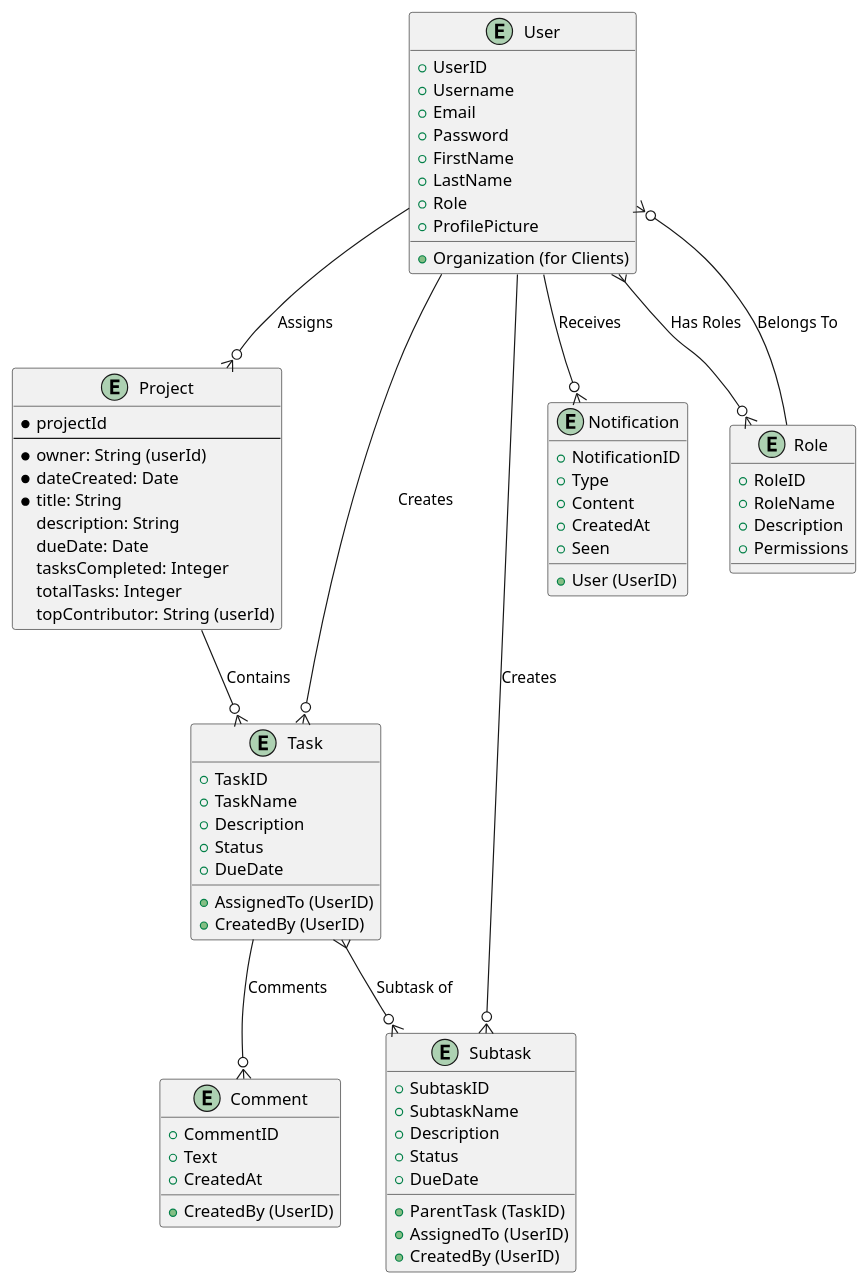
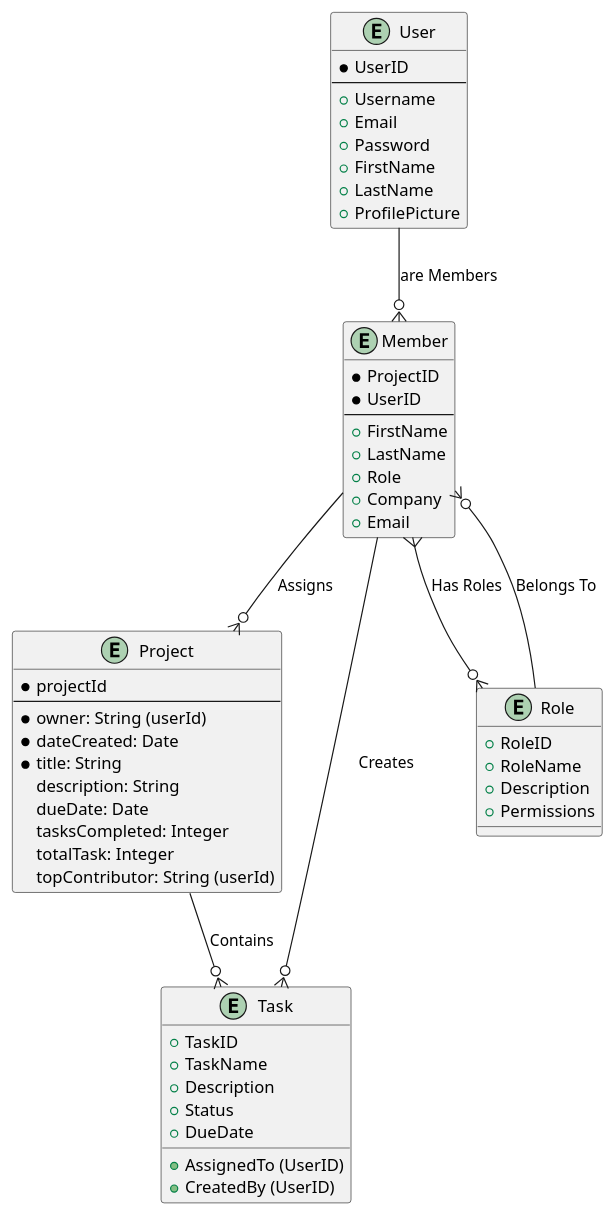
The diagram in Diagramming/project-management-system_erd.puml (gabeguio/project-buddy), drawn with PlantUML before and after one commit. The commit also changed 9 other files, not shown here.

```diff
--- a/Diagramming/project-management-system_erd.puml
+++ b/Diagramming/project-management-system_erd.puml
@@ -1,82 +1,62 @@
 @startuml
 
-entity Entity1 as "User" {
-  +UserID
+entity User as "User" {
+  *UserID
+  ---
   +Username
   +Email
   +Password
   +FirstName
   +LastName
-  +Role
-  +Organization (for Clients)
   +ProfilePicture
 }
 
-entity Entity2 as "Project" {
+entity Project as "Project" {
   *projectId
   ---
   *owner: String (userId)
   *dateCreated: Date
   *title: String
   description: String
   dueDate: Date
   tasksCompleted: Integer
-  totalTasks: Integer
+  totalTask: Integer
   topContributor: String (userId)
 }
 
-entity Entity3 as "Task" {
+entity Member as "Member" {
+  *ProjectID
+  *UserID
+  ---
+  +FirstName
+  +LastName
+  +Role
+  +Company
+  +Email
+}
+
+entity Task as "Task" {
   +TaskID
   +TaskName
   +Description
   +Status
   +DueDate
   +AssignedTo (UserID)
   +CreatedBy (UserID)
 }
 
-entity Entity4 as "Subtask" {
-  +SubtaskID
-  +SubtaskName
-  +Description
-  +Status
-  +DueDate
-  +ParentTask (TaskID)
-  +AssignedTo (UserID)
-  +CreatedBy (UserID)
-}
-
-entity Entity5 as "Comment" {
-  +CommentID
-  +Text
-  +CreatedAt
-  +CreatedBy (UserID)
-}
-
-entity Entity6 as "Notification" {
-  +NotificationID
-  +Type
-  +Content
-  +CreatedAt
-  +User (UserID)
-  +Seen
-}
-
-entity Entity7 as "Role" {
+entity Role as "Role" {
   +RoleID
   +RoleName
   +Description
   +Permissions
 }
 
-Entity1 --o{ Entity2 : Assigns
-Entity1 --o{ Entity3 : Creates
-Entity1 --o{ Entity4 : Creates
-Entity3 }--o{ Entity4 : Subtask of
-Entity2 --o{ Entity3 : Contains
-Entity3 --o{ Entity5 : Comments
-Entity1 --o{ Entity6 : Receives
-Entity1 }--o{ Entity7 : Has Roles
-Entity7 --o{ Entity1 : Belongs To
+Member --o{ Project : Assigns
+Member --o{ Task : Creates
+Project --o{ Task : Contains
+Member }--o{ Role : Has Roles
+Role --o{ Member : Belongs To
+User --o{ Member : are Members
 
 @enduml
```
